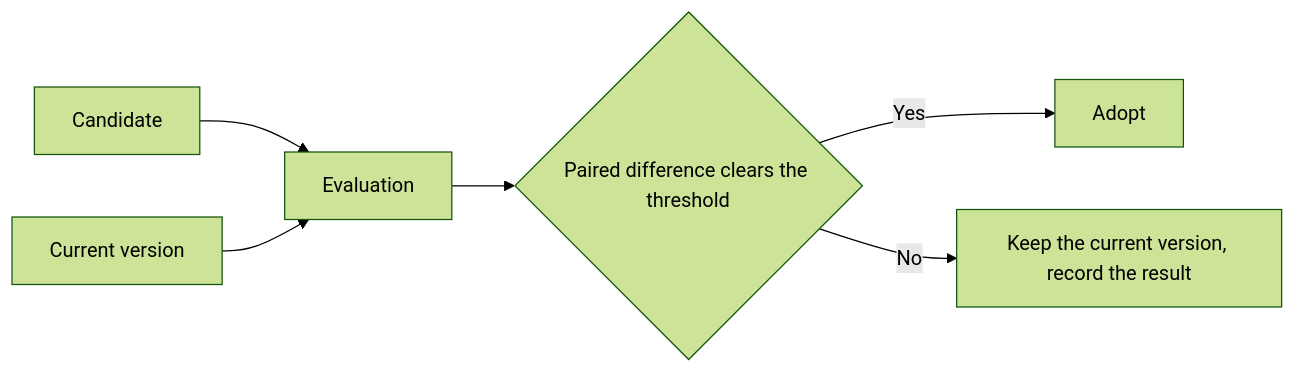
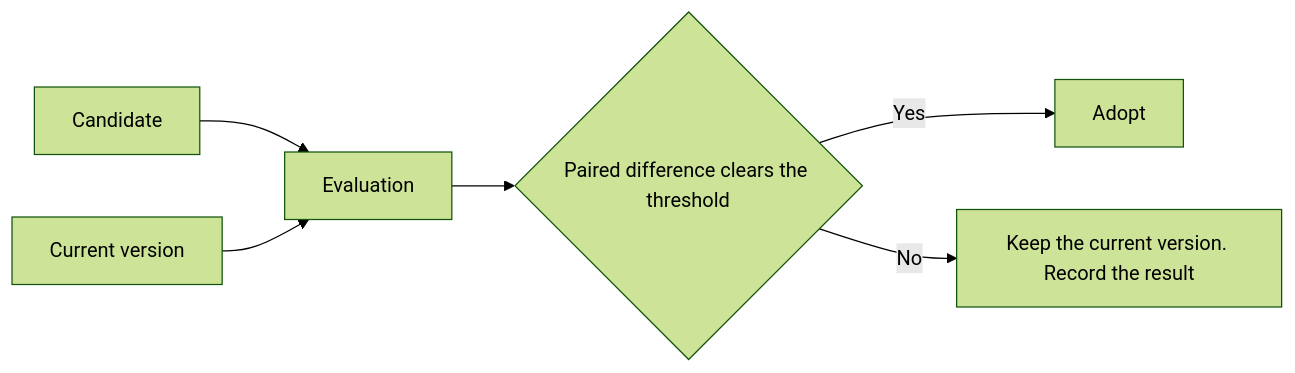
Before and after one commit to maro114510/skills: the seventh of 7 diagrams in docs/design/development-pipeline.md, drawn with Mermaid (forest theme). The commit also changed other lines of this file and 2 other files, not shown here.

First line of the commit message:
docs(design): restate the pipeline design and ADR as tables and diagrams

````diff
--- a/docs/design/development-pipeline.md
+++ b/docs/design/development-pipeline.md
@@ -134,8 +185,8 @@
 ```mermaid
 flowchart LR
-    C["Candidate"] --> E["Evaluation"]
-    B["Current version"] --> E
-    E --> D{"Paired difference clears the threshold"}
-    D -->|"Yes"| M["Adopt"]
-    D -->|"No"| K["Keep the current version, record the result"]
+    C[Candidate] --> E[Evaluation]
+    B[Current version] --> E
+    E --> D{Paired difference clears the threshold}
+    D -->|Yes| M[Adopt]
+    D -->|No| K[Keep the current version. Record the result]
 ```
````
